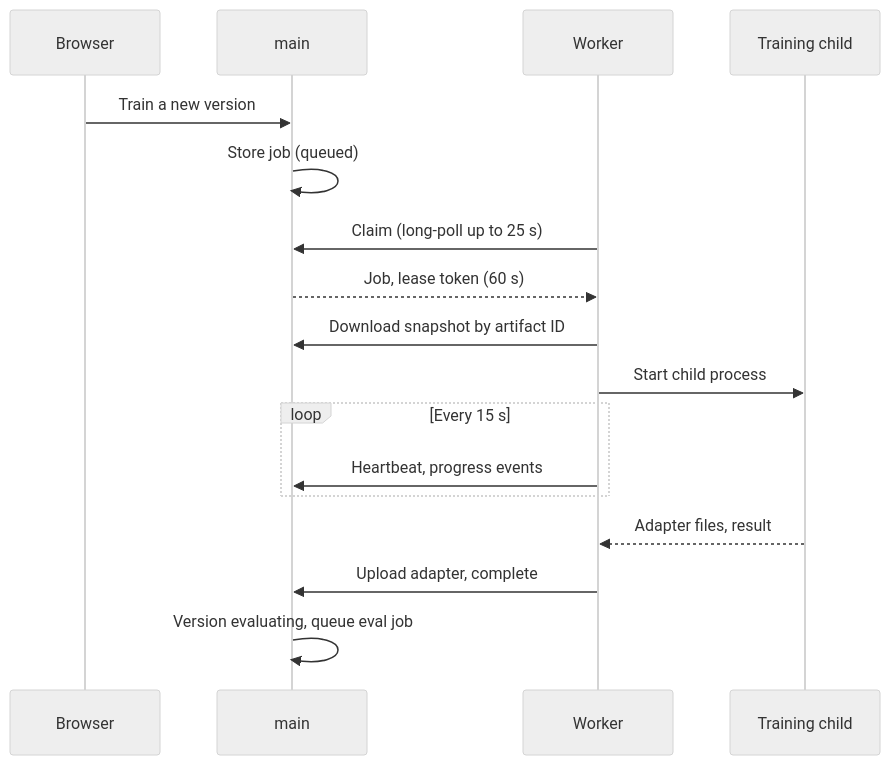
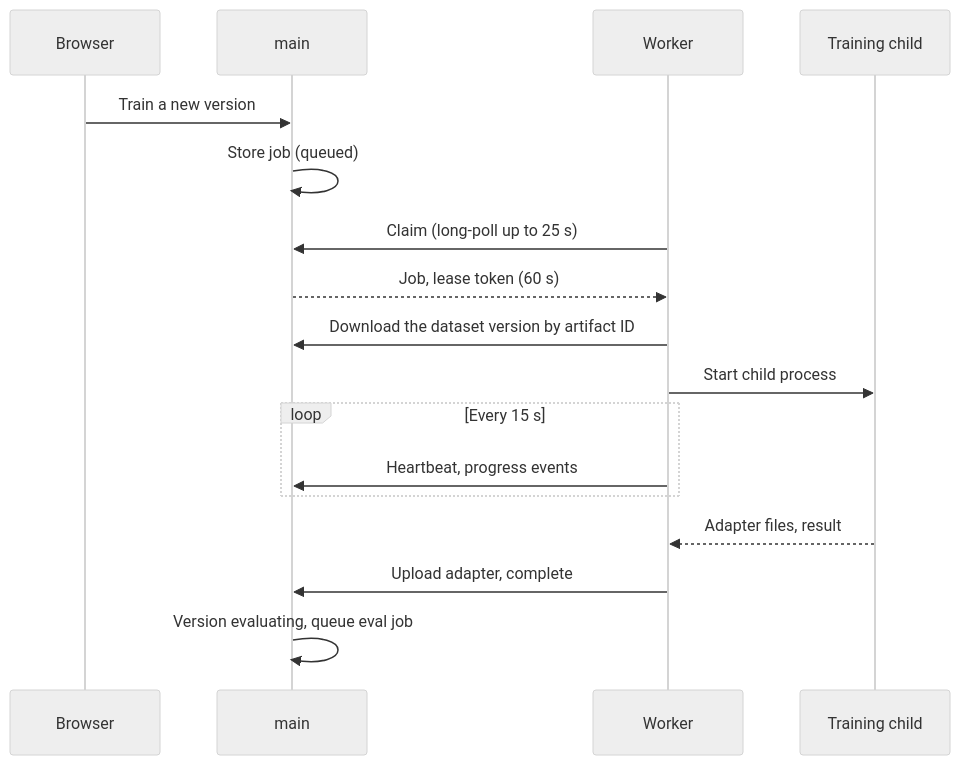
The second of 2 diagrams in docs/jobs.md (offbeatport/minibrain), drawn with Mermaid (neutral theme) before and after one commit. The commit also changed other lines of this file and 82 other files, not shown here.

First line of the commit message:
refactor: snapshot becomes dataset version in code, API and docs

````diff
--- a/docs/jobs.md
+++ b/docs/jobs.md
@@ -67,19 +67,19 @@
 ```mermaid
 sequenceDiagram
     participant UI as Browser
     participant MA as main
     participant WK as Worker
     participant CH as Training child
     UI->>MA: Train a new version
     MA->>MA: Store job (queued)
     WK->>MA: Claim (long-poll up to 25 s)
     MA-->>WK: Job, lease token (60 s)
-    WK->>MA: Download snapshot by artifact ID
+    WK->>MA: Download the dataset version by artifact ID
     WK->>CH: Start child process
     loop Every 15 s
         WK->>MA: Heartbeat, progress events
     end
     CH-->>WK: Adapter files, result
     WK->>MA: Upload adapter, complete
     MA->>MA: Version evaluating, queue eval job
 ```
````
